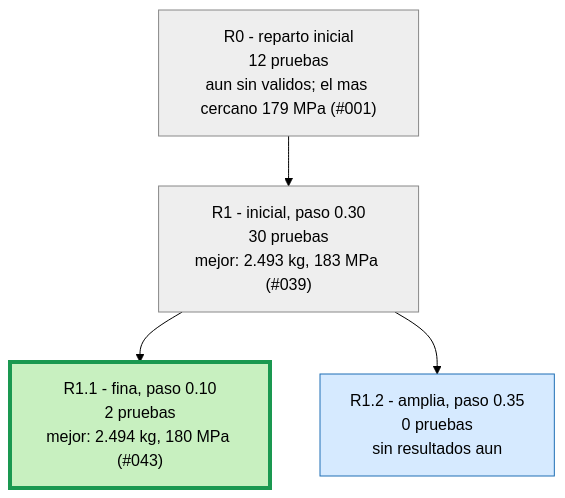
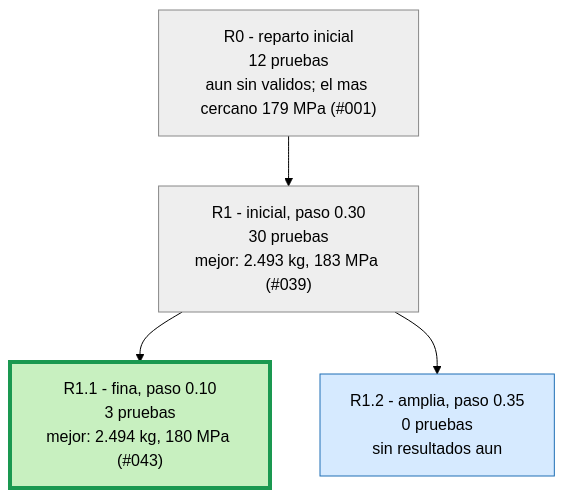
Before and after one commit to Hugiko/msd-soporte-optimizacion: the second of 3 diagrams in runs/opt_37800N/ARBOL.md, drawn with Mermaid (forest theme). The commit also changed 19 other files, not shown here.

````diff
--- a/runs/opt_37800N/ARBOL.md
+++ b/runs/opt_37800N/ARBOL.md
@@ -21,13 +21,13 @@
 ```mermaid
 graph TD
 classDef activa fill:#d6eaff,stroke:#1f6fb5,color:#000
 classDef fin fill:#eeeeee,stroke:#888,color:#000
 classDef mejor fill:#c8f0c0,stroke:#1a9850,stroke-width:4px,color:#000
 R0["R0 - reparto inicial<br/>12 pruebas<br/>aun sin validos; el mas cercano 179 MPa (#001)"]:::fin
 R1["R1 - inicial, paso 0.30<br/>30 pruebas<br/>mejor: 2.493 kg, 183 MPa (#039)"]:::fin
 R0 --> R1
-R1_1["R1.1 - fina, paso 0.10<br/>2 pruebas<br/>mejor: 2.494 kg, 180 MPa (#043)"]:::mejor
+R1_1["R1.1 - fina, paso 0.10<br/>3 pruebas<br/>mejor: 2.494 kg, 180 MPa (#043)"]:::mejor
 R1 --> R1_1
 R1_2["R1.2 - amplia, paso 0.35<br/>0 pruebas<br/>sin resultados aun"]:::activa
 R1 --> R1_2
 ```
````
